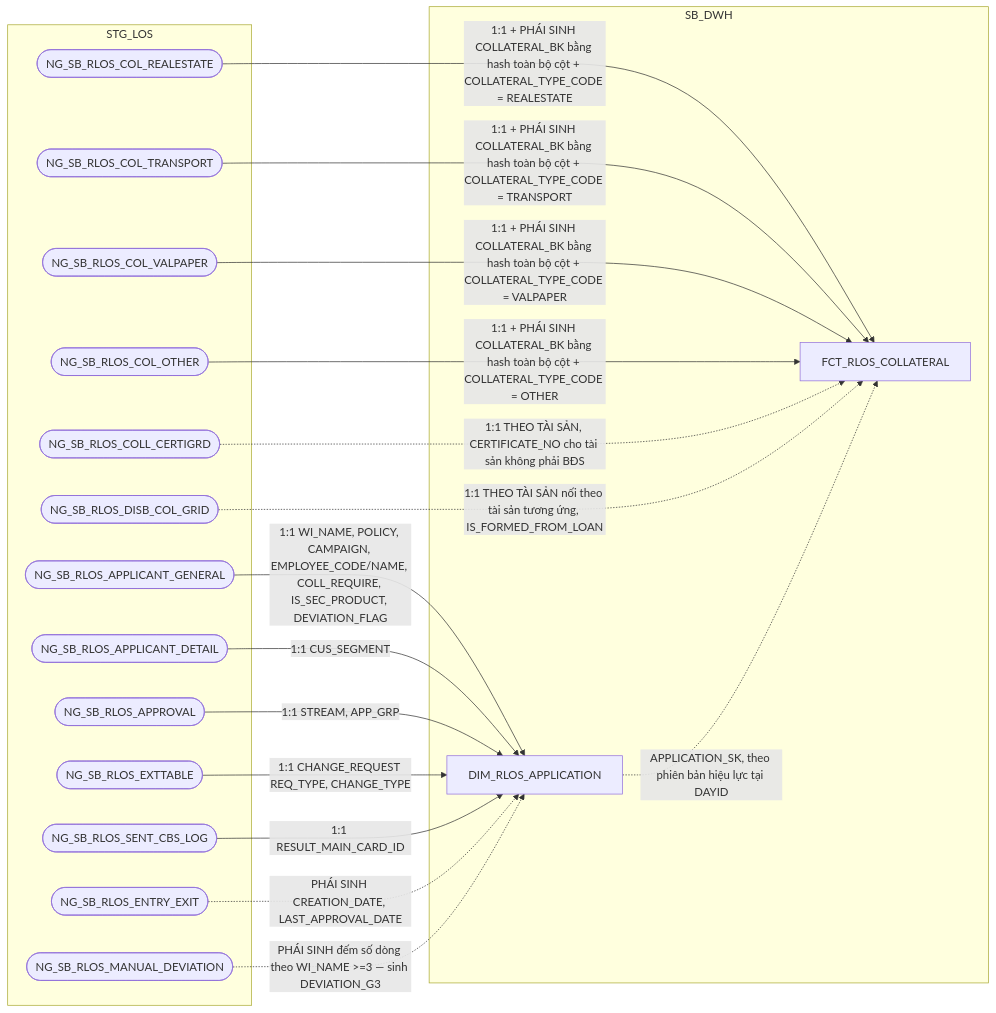
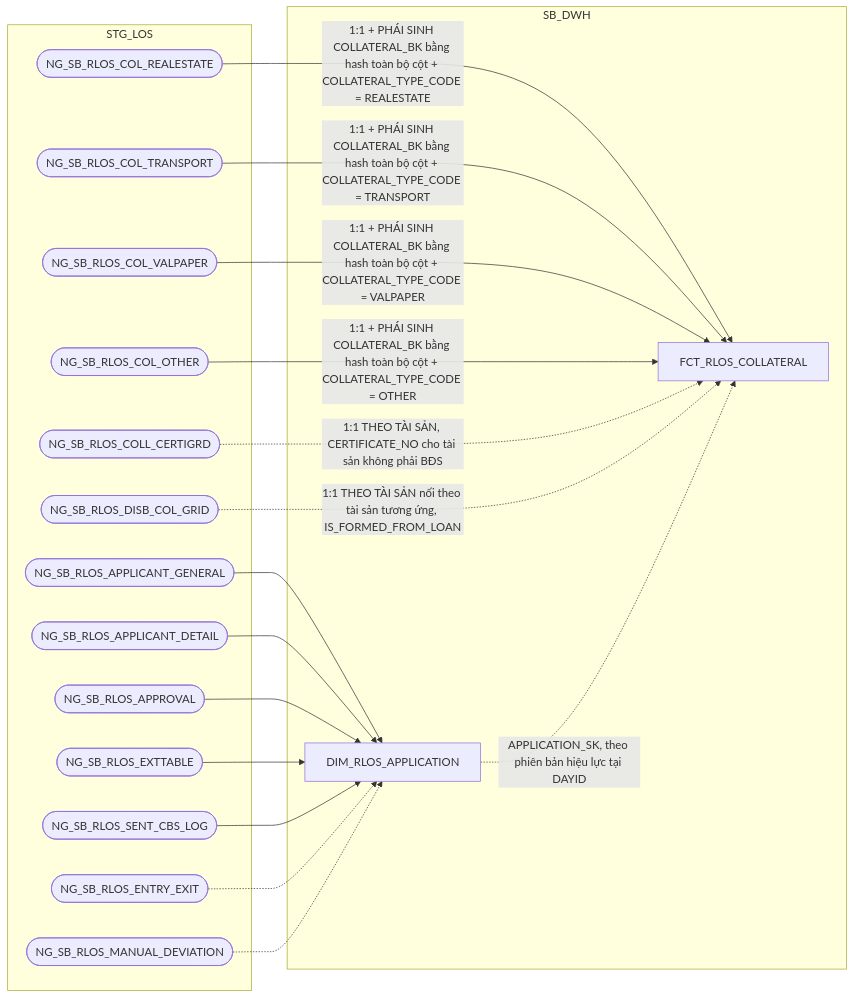
Before and after one commit to chien1198/sb-mapping-gen: the eighth of 14 diagrams in hld/hld_review/HLD_FCT_SB_DWH_review.md, drawn with Mermaid. The commit also changed other lines of this file and 183 other files, not shown here.

````diff
--- a/hld/hld_review/HLD_FCT_SB_DWH_review.md
+++ b/hld/hld_review/HLD_FCT_SB_DWH_review.md
@@ -752,36 +676,36 @@
 ```mermaid
 flowchart LR
     subgraph STG_LOS
         A1(["NG_SB_RLOS_COL_REALESTATE"])
         A2(["NG_SB_RLOS_COL_TRANSPORT"])
         A3(["NG_SB_RLOS_COL_VALPAPER"])
         A4(["NG_SB_RLOS_COL_OTHER"])
         A5(["NG_SB_RLOS_COLL_CERTIGRD"])
         A6(["NG_SB_RLOS_DISB_COL_GRID"])
         P1(["NG_SB_RLOS_APPLICANT_GENERAL"])
         P2(["NG_SB_RLOS_APPLICANT_DETAIL"])
         P3(["NG_SB_RLOS_APPROVAL"])
         P4(["NG_SB_RLOS_EXTTABLE"])
         P5(["NG_SB_RLOS_SENT_CBS_LOG"])
         P6(["NG_SB_RLOS_ENTRY_EXIT"])
         P7(["NG_SB_RLOS_MANUAL_DEVIATION"])
     end
     subgraph SB_DWH
         D["DIM_RLOS_APPLICATION"]
         C["FCT_RLOS_COLLATERAL"]
     end
     A1 -->|1:1 + PHÁI SINH COLLATERAL_BK bằng hash toàn bộ cột + COLLATERAL_TYPE_CODE = REALESTATE| C
     A2 -->|1:1 + PHÁI SINH COLLATERAL_BK bằng hash toàn bộ cột + COLLATERAL_TYPE_CODE = TRANSPORT| C
     A3 -->|1:1 + PHÁI SINH COLLATERAL_BK bằng hash toàn bộ cột + COLLATERAL_TYPE_CODE = VALPAPER| C
     A4 -->|1:1 + PHÁI SINH COLLATERAL_BK bằng hash toàn bộ cột + COLLATERAL_TYPE_CODE = OTHER| C
     A5 -.->|1:1 THEO TÀI SẢN, CERTIFICATE_NO cho tài sản không phải BĐS| C
     A6 -.->|1:1 THEO TÀI SẢN nối theo tài sản tương ứng, IS_FORMED_FROM_LOAN| C
     D -.->|APPLICATION_SK, theo phiên bản hiệu lực tại DAYID| C
-    P1 -->|1:1 WI_NAME, POLICY, CAMPAIGN, EMPLOYEE_CODE/NAME, COLL_REQUIRE, IS_SEC_PRODUCT, DEVIATION_FLAG| D
-    P2 -->|1:1 CUS_SEGMENT| D
-    P3 -->|1:1 STREAM, APP_GRP| D
-    P4 -->|1:1 CHANGE_REQUEST REQ_TYPE, CHANGE_TYPE| D
-    P5 -->|1:1 RESULT_MAIN_CARD_ID| D
-    P6 -.->|PHÁI SINH CREATION_DATE, LAST_APPROVAL_DATE| D
-    P7 -.->|"PHÁI SINH đếm số dòng theo WI_NAME >=3 — sinh DEVIATION_G3"| D
+    P1 --> D
+    P2 --> D
+    P3 --> D
+    P4 --> D
+    P5 --> D
+    P6 -.-> D
+    P7 -.-> D
 ```
````
